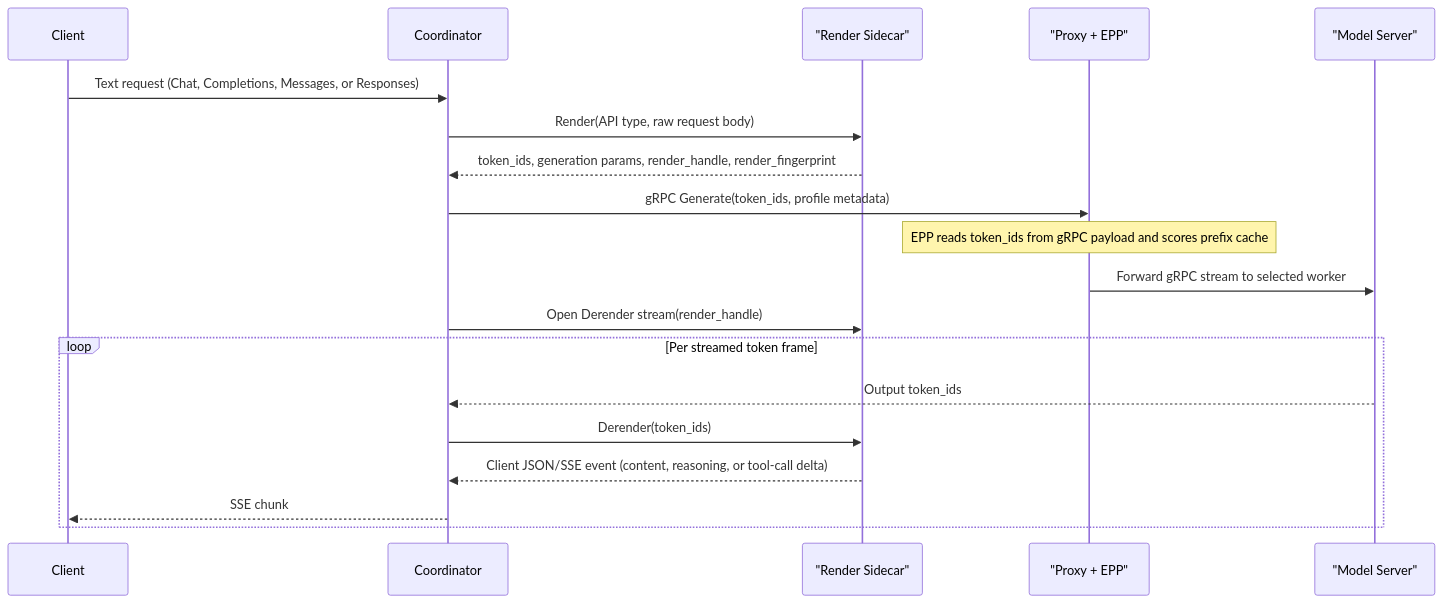
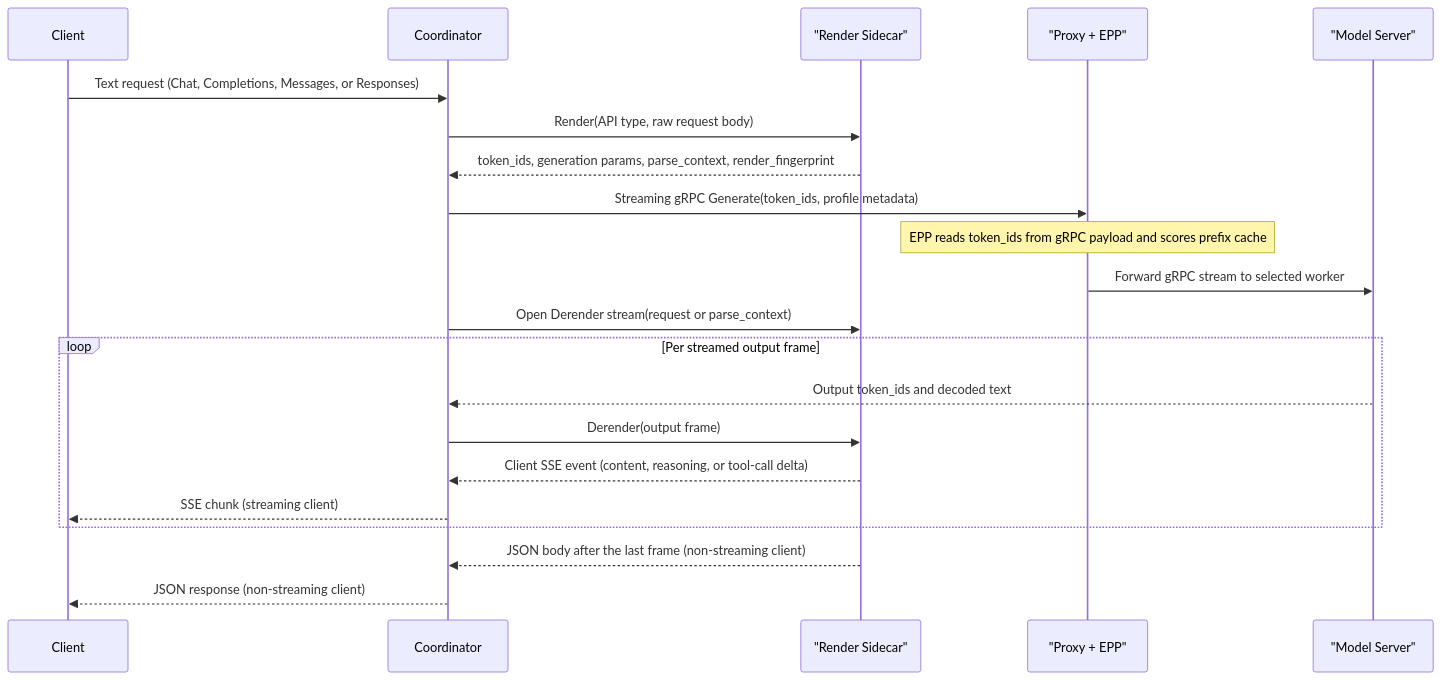
One commit to llm-d/llm-d-router changed the first of 2 diagrams in docs/tokenize-once-at-ingress.md. Above: the diagram before and after it, drawn with Mermaid. The commit also changed other lines of this file, not shown here.

First line of the commit message:
docs: audit tokenize-once gaps, add stage RPC tables, and split gap analysis

````diff
--- a/docs/tokenize-once-at-ingress.md
+++ b/docs/tokenize-once-at-ingress.md
@@ -107,22 +148,24 @@
 ```mermaid
 sequenceDiagram
     participant C as Client
     participant Co as Coordinator
     participant R as "Render Sidecar"
     participant G as "Proxy + EPP"
     participant S as "Model Server"
 
     C->>Co: Text request (Chat, Completions, Messages, or Responses)
     Co->>R: Render(API type, raw request body)
-    R-->>Co: token_ids, generation params, render_handle, render_fingerprint
-    Co->>G: gRPC Generate(token_ids, profile metadata)
+    R-->>Co: token_ids, generation params, parse_context, render_fingerprint
+    Co->>G: Streaming gRPC Generate(token_ids, profile metadata)
     Note over G: EPP reads token_ids from gRPC payload and scores prefix cache
     G->>S: Forward gRPC stream to selected worker
-    Co->>R: Open Derender stream(render_handle)
-    loop Per streamed token frame
-        S-->>Co: Output token_ids
-        Co->>R: Derender(token_ids)
-        R-->>Co: Client JSON/SSE event (content, reasoning, or tool-call delta)
-        Co-->>C: SSE chunk
+    Co->>R: Open Derender stream(request or parse_context)
+    loop Per streamed output frame
+        S-->>Co: Output token_ids and decoded text
+        Co->>R: Derender(output frame)
+        R-->>Co: Client SSE event (content, reasoning, or tool-call delta)
+        Co-->>C: SSE chunk (streaming client)
     end
+    R-->>Co: JSON body after the last frame (non-streaming client)
+    Co-->>C: JSON response (non-streaming client)
 ```
````
